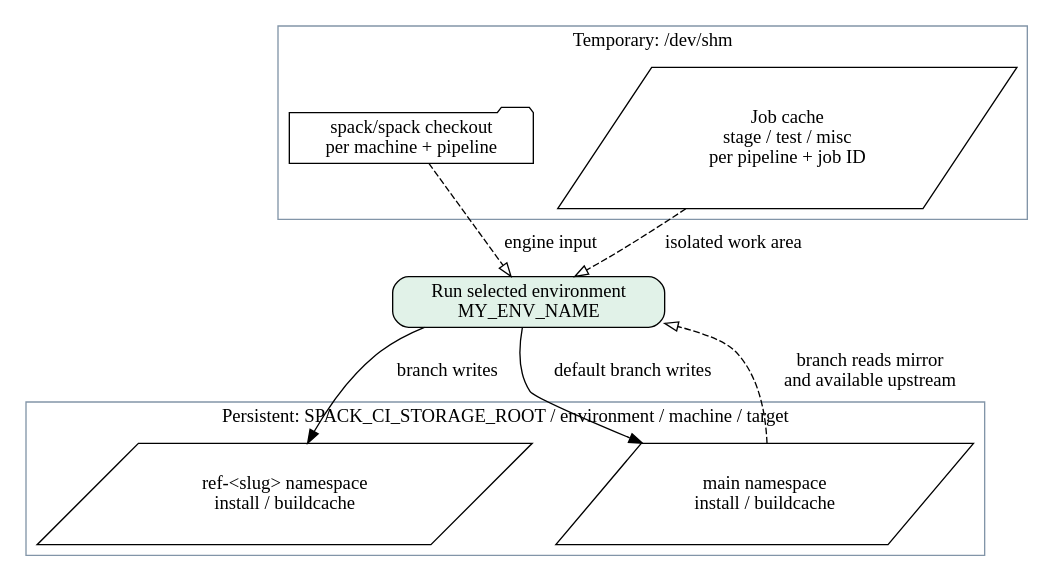
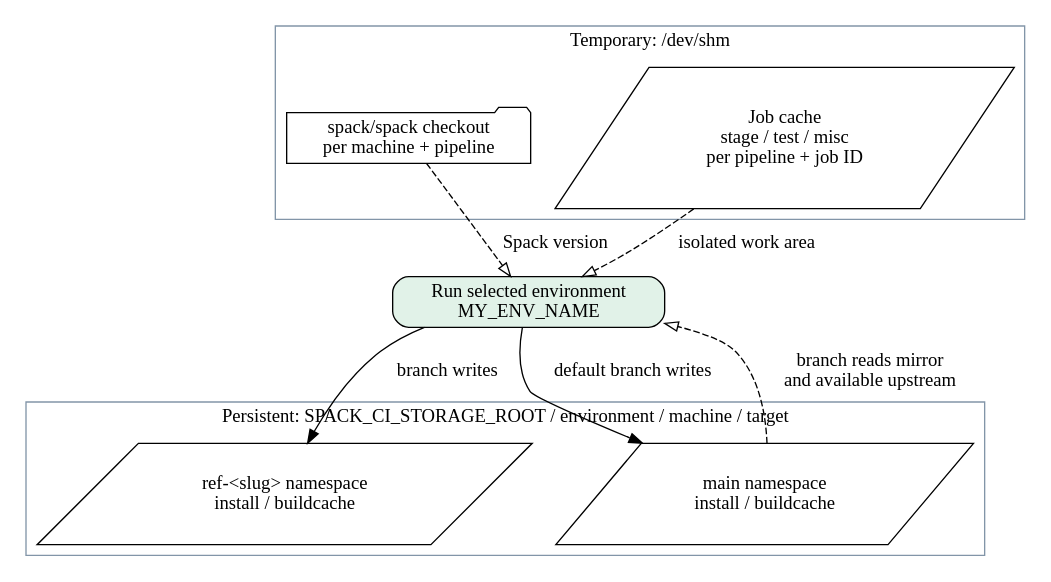
The diagram in docs/sphinx/figures/repository-storage.dot (llnl/radiuss-spack-configs), drawn with Graphviz before and after one commit. The commit also changed 18 other files, not shown here.

```diff
--- a/docs/sphinx/figures/repository-storage.dot
+++ b/docs/sphinx/figures/repository-storage.dot
@@ -1,22 +1,22 @@
 // SPDX-License-Identifier: MIT
 digraph repository_storage {
   rankdir=TB;
   pipeline [label="Run selected environment\nMY_ENV_NAME", shape=box, style="rounded,filled", fillcolor="#e1f2e8"];
   subgraph cluster_temporary {
     label="Temporary: /dev/shm";
     color="#8295a8";
     checkout [label="spack/spack checkout\nper machine + pipeline", shape=folder, fillcolor="#e3edf7"];
     cache [label="Job cache\nstage / test / misc\nper pipeline + job ID", shape=parallelogram, fillcolor="#dcf2f4"];
   }
   subgraph cluster_persistent {
     label="Persistent: SPACK_CI_STORAGE_ROOT / environment / machine / target";
     color="#8295a8";
     main [label="main namespace\ninstall / buildcache", shape=parallelogram, fillcolor="#dcf2f4"];
     branch [label="ref-<slug> namespace\ninstall / buildcache", shape=parallelogram, fillcolor="#dcf2f4"];
   }
-  checkout -> pipeline [style=dashed, arrowhead=empty, label="engine input"];
+  checkout -> pipeline [style=dashed, arrowhead=empty, label="Spack version"];
   cache -> pipeline [style=dashed, arrowhead=empty, label="isolated work area"];
   pipeline -> branch [label="branch writes"];
   pipeline -> main [label="default branch writes"];
   main -> pipeline [style=dashed, arrowhead=empty, label="branch reads mirror\nand available upstream"];
 }
```
